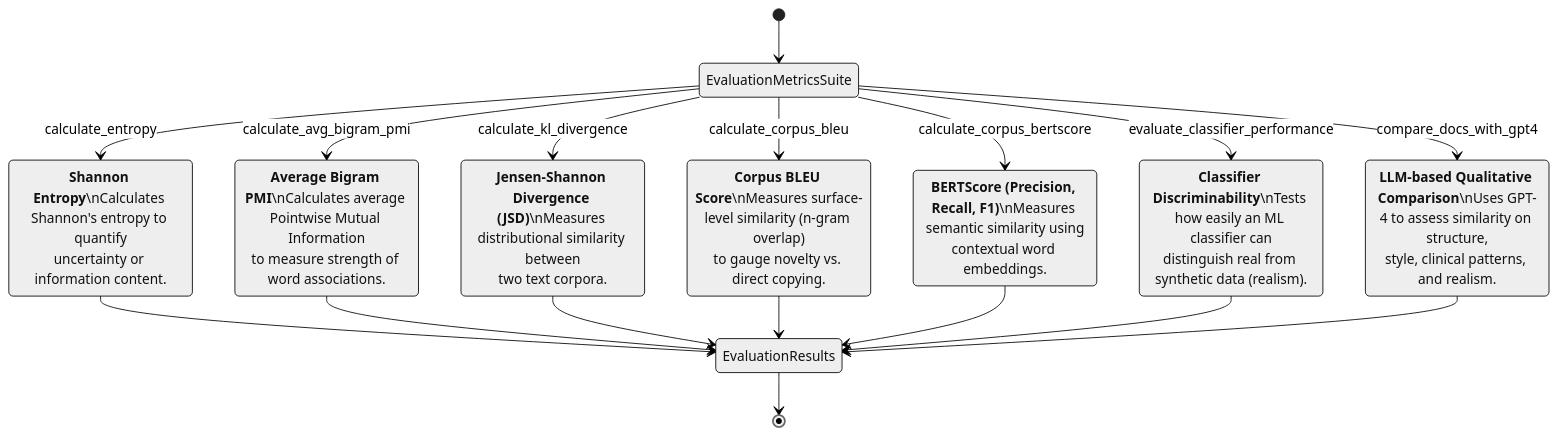
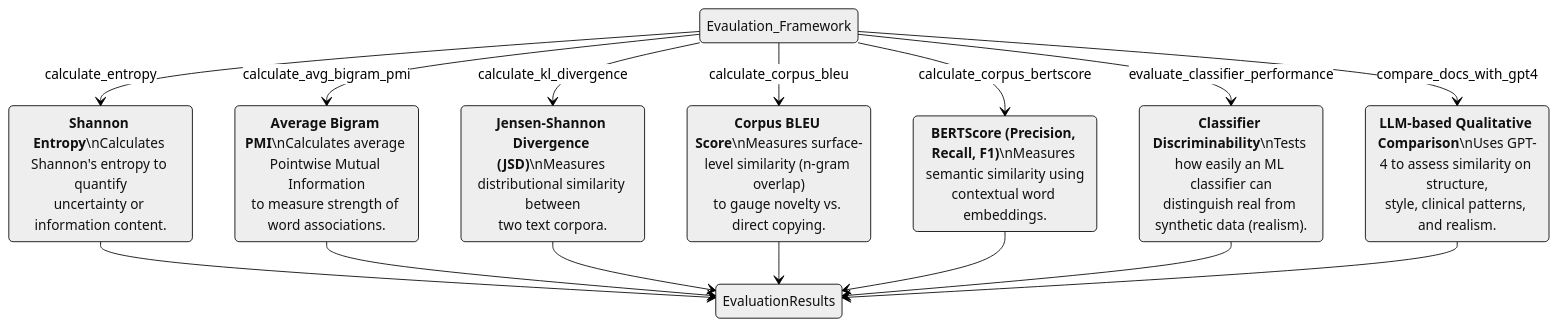
The fifth of 5 diagrams in PROJECTS/Generative_Agent_based_Data-Synthesis/Readme.md (HR-DataLab-Healthcare/RESEARCH_SUPPORT), drawn with Mermaid (neutral theme) before and after one commit. The commit also changed other lines of this file, not shown here.

````diff
--- a/PROJECTS/Generative_Agent_based_Data-Synthesis/Readme.md
+++ b/PROJECTS/Generative_Agent_based_Data-Synthesis/Readme.md
@@ -540,38 +621,34 @@
 ```mermaid
 
 stateDiagram-v2
-    [*] --> EvaluationMetricsSuite
 
-    EvaluationMetricsSuite --> Metric_ShannonEntropy : calculate_entropy
+    Evaulation_Framework --> Metric_ShannonEntropy : calculate_entropy
     Metric_ShannonEntropy: **Shannon Entropy**\nCalculates Shannon's entropy to quantify<br>uncertainty or information content.
 
-    EvaluationMetricsSuite --> Metric_AvgBigramPMI : calculate_avg_bigram_pmi
+    Evaulation_Framework --> Metric_AvgBigramPMI : calculate_avg_bigram_pmi
     Metric_AvgBigramPMI: **Average Bigram PMI**\nCalculates average Pointwise Mutual Information<br>to measure strength of word associations.
 
-    EvaluationMetricsSuite --> Metric_JSD : calculate_kl_divergence
+    Evaulation_Framework --> Metric_JSD : calculate_kl_divergence
     Metric_JSD: **Jensen-Shannon Divergence (JSD)**\nMeasures distributional similarity between<br>two text corpora.
 
-    EvaluationMetricsSuite --> Metric_CorpusBLEU : calculate_corpus_bleu
+    Evaulation_Framework --> Metric_CorpusBLEU : calculate_corpus_bleu
     Metric_CorpusBLEU: **Corpus BLEU Score**\nMeasures surface-level similarity (n-gram overlap)<br>to gauge novelty vs. direct copying.
 
-    EvaluationMetricsSuite --> Metric_BERTScore : calculate_corpus_bertscore
+    Evaulation_Framework --> Metric_BERTScore : calculate_corpus_bertscore
     Metric_BERTScore: **BERTScore (Precision, Recall, F1)**\nMeasures semantic similarity using<br>contextual word embeddings.
 
-    EvaluationMetricsSuite --> Metric_ClassifierDiscriminability : evaluate_classifier_performance
+    Evaulation_Framework --> Metric_ClassifierDiscriminability : evaluate_classifier_performance
     Metric_ClassifierDiscriminability: **Classifier Discriminability**\nTests how easily an ML classifier can<br>distinguish real from synthetic data (realism).
 
-    EvaluationMetricsSuite --> Metric_LLMQualitativeComparison : compare_docs_with_gpt4
+    Evaulation_Framework --> Metric_LLMQualitativeComparison : compare_docs_with_gpt4
     Metric_LLMQualitativeComparison: **LLM-based Qualitative Comparison**\nUses GPT-4 to assess similarity on structure,<br>style, clinical patterns, and realism.
 
     Metric_ShannonEntropy --> EvaluationResults
     Metric_AvgBigramPMI --> EvaluationResults
     Metric_JSD --> EvaluationResults
     Metric_CorpusBLEU --> EvaluationResults
     Metric_BERTScore --> EvaluationResults
     Metric_ClassifierDiscriminability --> EvaluationResults
     Metric_LLMQualitativeComparison --> EvaluationResults
 
-    EvaluationResults --> [*]
-
-
 ```
````
